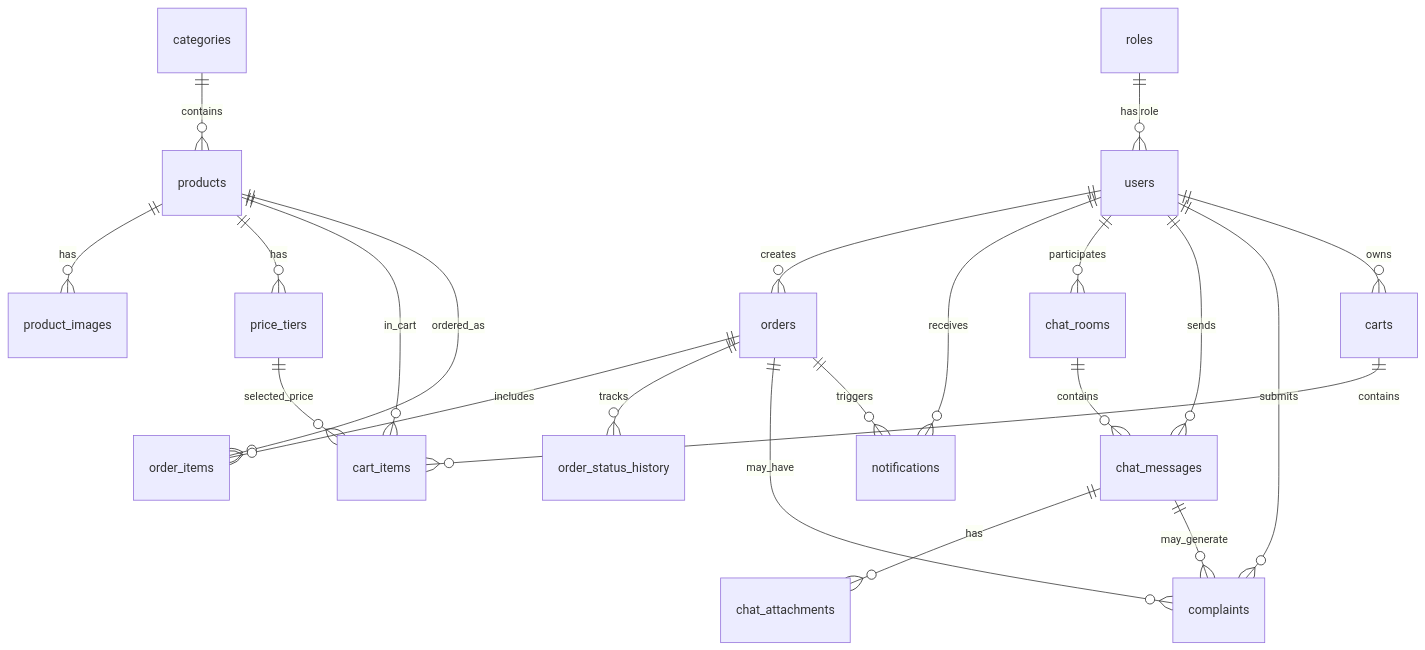
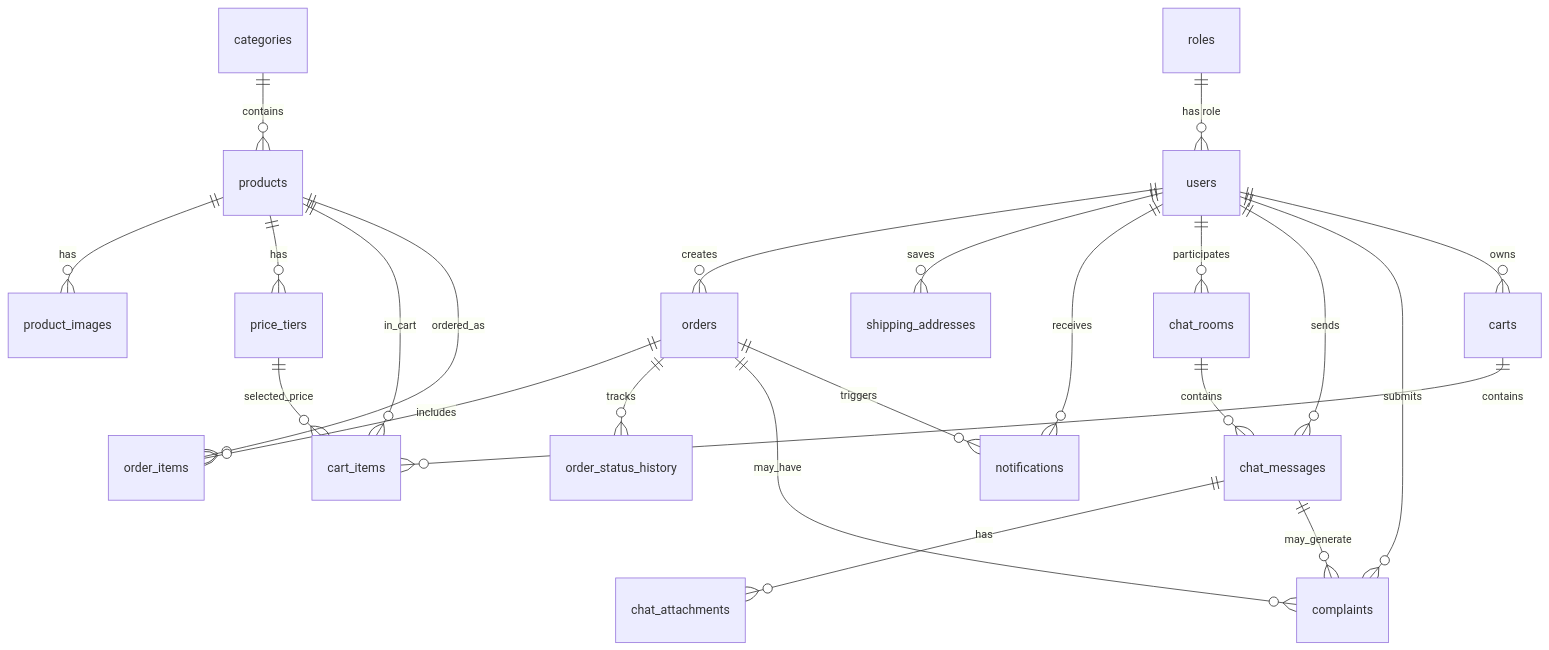
Before and after one commit to ToanAltF4/Marine-Link-App: the diagram in docs/MarineLink_Supabase_DB_Design.md, drawn with Mermaid. The commit also changed other lines of this file and 22 other files, not shown here.

Commit message:
feat: persist shipping addresses

````diff
--- a/docs/MarineLink_Supabase_DB_Design.md
+++ b/docs/MarineLink_Supabase_DB_Design.md
@@ -35,24 +35,25 @@
 ```mermaid
 erDiagram
     users ||--o{ orders : creates
+    users ||--o{ shipping_addresses : saves
     users ||--o{ notifications : receives
     users ||--o{ chat_rooms : participates
     users ||--o{ chat_messages : sends
     users ||--o{ complaints : submits
     users ||--o{ carts : owns
     roles ||--o{ users : "has role"
     categories ||--o{ products : contains
     products ||--o{ product_images : has
     products ||--o{ price_tiers : has
     products ||--o{ cart_items : in_cart
     products ||--o{ order_items : ordered_as
     price_tiers ||--o{ cart_items : selected_price
     carts ||--o{ cart_items : contains
     orders ||--o{ order_items : includes
     orders ||--o{ order_status_history : tracks
     orders ||--o{ complaints : may_have
     orders ||--o{ notifications : triggers
     chat_rooms ||--o{ chat_messages : contains
     chat_messages ||--o{ chat_attachments : has
     chat_messages ||--o{ complaints : may_generate
 ```
````
